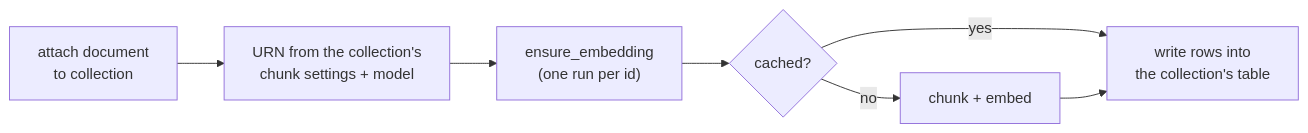
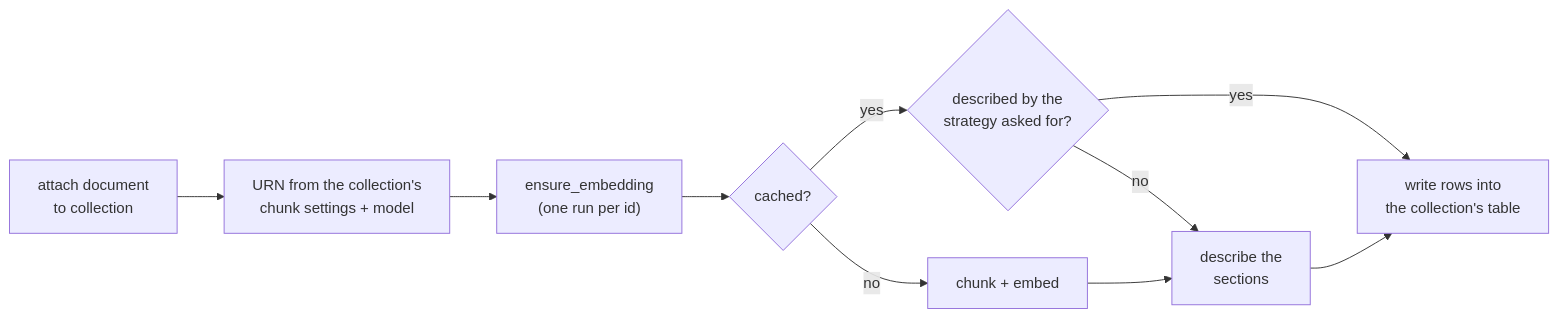
One commit to haskian/haskie changed the fourth of 4 diagrams in docs/documents-and-collections.md. Above: the diagram before and after it, drawn with Mermaid. The commit also changed other lines of this file and 34 other files, not shown here.

````diff
--- a/docs/documents-and-collections.md
+++ b/docs/documents-and-collections.md
@@ -186,8 +189,10 @@
 ```mermaid
 flowchart LR
     attach["attach document<br/>to collection"] --> key["URN from the collection's<br/>chunk settings + model"]
     key --> run["ensure_embedding<br/>(one run per id)"]
     run --> hit{"cached?"}
-    hit -- yes --> write["write rows into<br/>the collection's table"]
-    hit -- no --> embed["chunk + embed"] --> write
+    hit -- yes --> same{"described by the<br/>strategy asked for?"}
+    same -- yes --> write["write rows into<br/>the collection's table"]
+    same -- no --> describe["describe the<br/>sections"] --> write
+    hit -- no --> embed["chunk + embed"] --> describe
 ```
````
